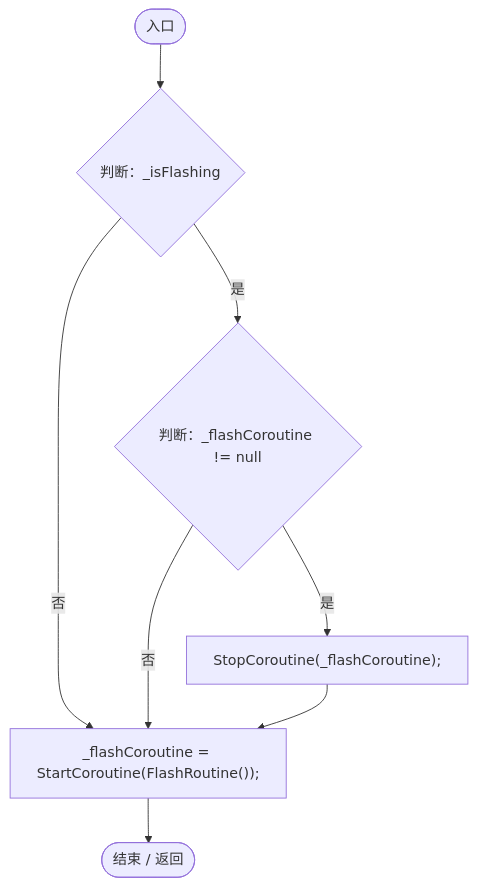
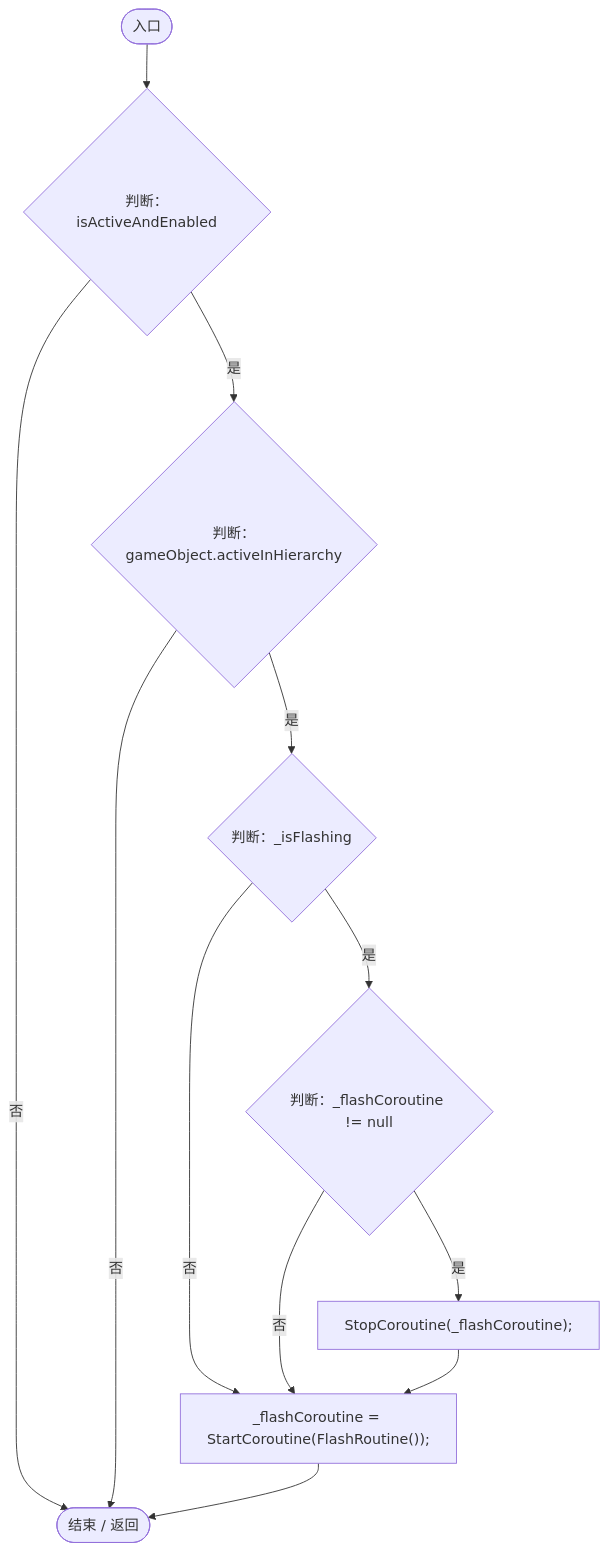
One commit to xhs6666/Darwin_paradise changed diagram 14 of 16 in Docs/运行流程图/脚本/75aa86a368efdf24.md. Above: the diagram before and after it, drawn with Mermaid. The commit also changed other lines of this file and 228 other files, not shown here.

````diff
--- a/Docs/运行流程图/脚本/75aa86a368efdf24.md
+++ b/Docs/运行流程图/脚本/75aa86a368efdf24.md
@@ -559,17 +559,23 @@
 ```mermaid
 flowchart TD
   b0(["入口"])
-  b1{"判断：_isFlashing"}
-  b2{"判断：_flashCoroutine != null"}
-  b3["StopCoroutine(_flashCoroutine);"]
-  b4["_flashCoroutine = StartCoroutine(FlashRoutine());"]
-  b5(["结束 / 返回"])
+  b1{"判断：isActiveAndEnabled"}
+  b2{"判断：gameObject.activeInHierarchy"}
+  b3{"判断：_isFlashing"}
+  b4{"判断：_flashCoroutine != null"}
+  b5["StopCoroutine(_flashCoroutine);"]
+  b6["_flashCoroutine = StartCoroutine(FlashRoutine());"]
+  b7(["结束 / 返回"])
   b0 --> b1
   b1 -->|"是"| b2
-  b1 -->|"否"| b4
+  b1 -->|"否"| b7
+  b2 -->|"否"| b7
   b2 -->|"是"| b3
-  b2 -->|"否"| b4
-  b3 --> b4
-  b4 --> b5
+  b3 -->|"是"| b4
+  b3 -->|"否"| b6
+  b4 -->|"是"| b5
+  b4 -->|"否"| b6
+  b5 --> b6
+  b6 --> b7
 
 ```
````
